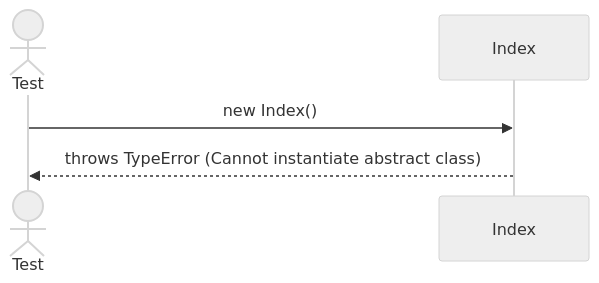
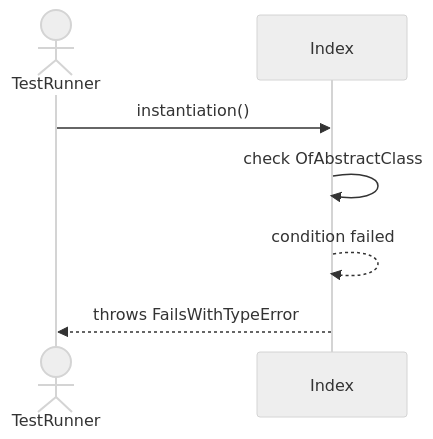
Before and after one commit to TamBui1706/DBMS: the diagram in Sequences/DatabaseObjectManagement/Index.md, drawn with Mermaid (neutral theme). The commit also changed other lines of this file and 63 other files, not shown here.

Commit message:
Draw sequence diagram for unit tests

````diff
--- a/Sequences/DatabaseObjectManagement/Index.md
+++ b/Sequences/DatabaseObjectManagement/Index.md
@@ -7,8 +14,9 @@
 ```mermaid
 sequenceDiagram
-    actor Test
+    actor TestRunner
     participant Index
-
-    Test->>Index: new Index()
-    Index-->>Test: throws TypeError (Cannot instantiate abstract class)
+    TestRunner->>Index: instantiation()
+    Index->>Index: check OfAbstractClass
+    Index-->>Index: condition failed
+    Index-->>TestRunner: throws FailsWithTypeError
 ```
````
